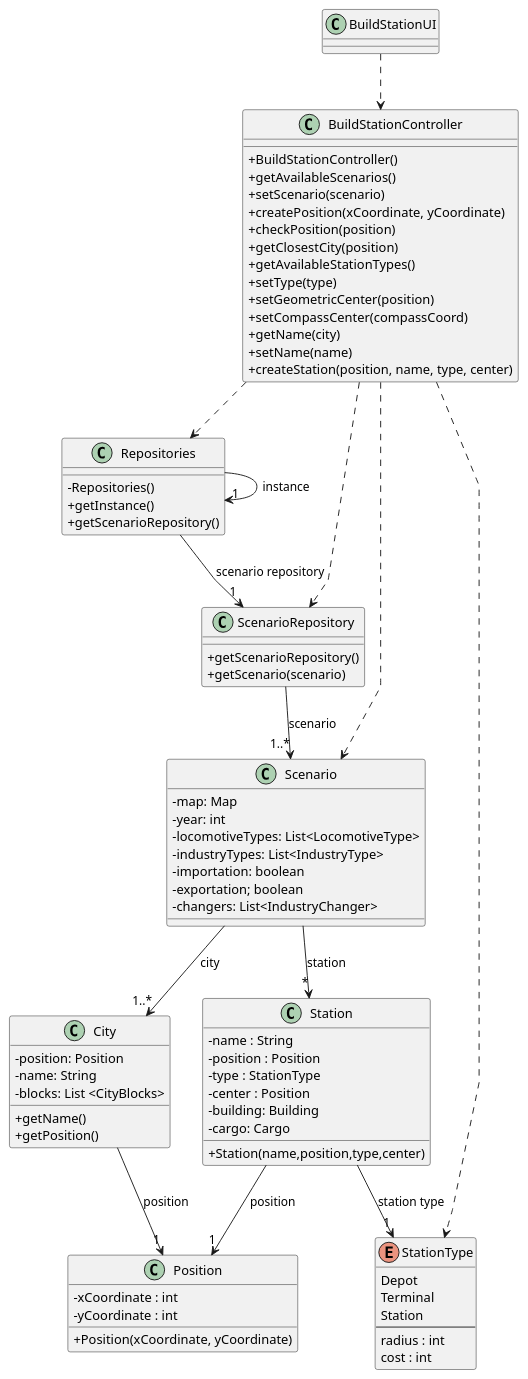
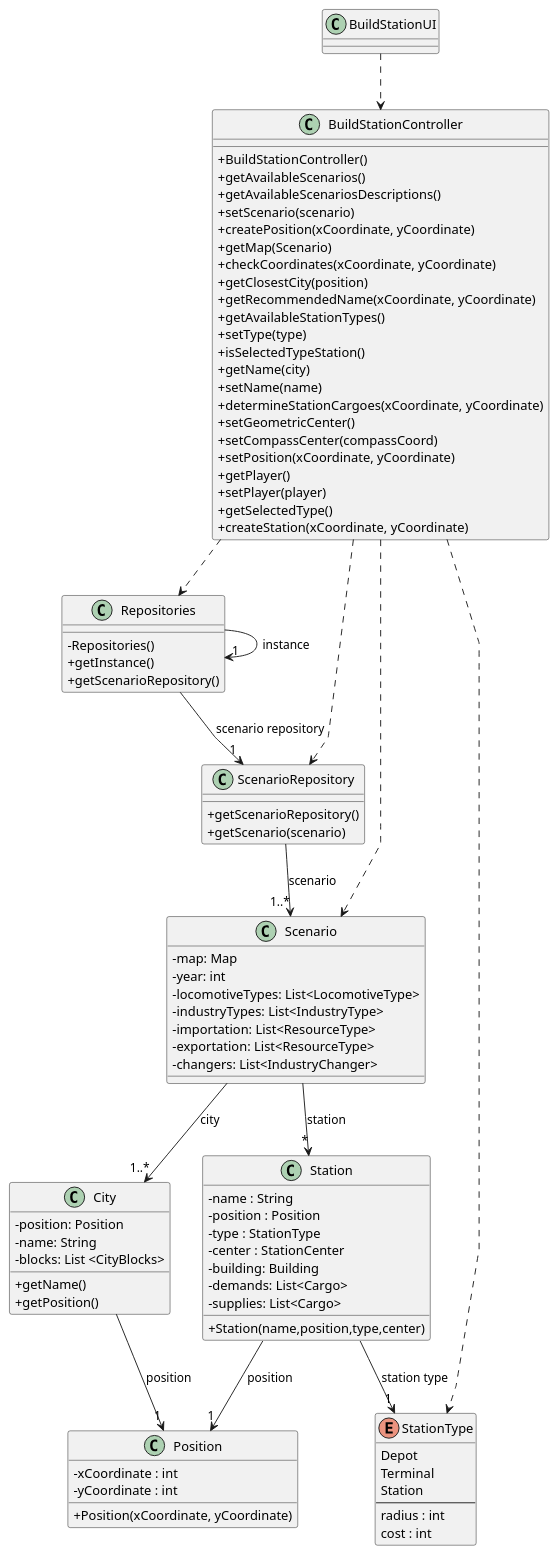
One commit to 1240935/pi2-railway-simulator changed the diagram in Sprint2/US005/03.design/puml/US005-CD.puml. Above: the diagram before and after it, drawn with PlantUML. The commit also changed 2 other files, not shown here.

```diff
--- a/Sprint2/US005/03.design/puml/US005-CD.puml
+++ b/Sprint2/US005/03.design/puml/US005-CD.puml
@@ -1,99 +1,109 @@
 @startuml
 'skinparam monochrome true
 skinparam packageStyle rectangle
 skinparam shadowing false
 skinparam linetype polyline
 'skinparam linetype orto
 
 skinparam classAttributeIconSize 0
 
 'left to right direction
 
 class BuildStationUI {
 }
 
 class BuildStationController {
   +BuildStationController()
   +getAvailableScenarios()
+  +getAvailableScenariosDescriptions()
   +setScenario(scenario)
   +createPosition(xCoordinate, yCoordinate)
-  +checkPosition(position)
+  +getMap(Scenario)
+  +checkCoordinates(xCoordinate, yCoordinate)
   +getClosestCity(position)
+  +getRecommendedName(xCoordinate, yCoordinate)
   +getAvailableStationTypes()
   +setType(type)
-  +setGeometricCenter(position)
-  +setCompassCenter(compassCoord)
+  +isSelectedTypeStation()
   +getName(city)
   +setName(name)
-  +createStation(position, name, type, center)
+  +determineStationCargoes(xCoordinate, yCoordinate)
+  +setGeometricCenter()
+  +setCompassCenter(compassCoord)
+  +setPosition(xCoordinate, yCoordinate)
+  +getPlayer()
+  +setPlayer(player)
+  +getSelectedType()
+  +createStation(xCoordinate, yCoordinate)
 }
 
 class Repositories {
       - Repositories()
       + getInstance()
       + getScenarioRepository()
  }
 
 class City {
   - position: Position
   - name: String
   - blocks: List <CityBlocks>
   +getName()
   +getPosition()
 }
 
 class Scenario {
        -map: Map
        -year: int
        -locomotiveTypes: List<LocomotiveType>
        -industryTypes: List<IndustryType>
-       -importation: boolean
-       -exportation; boolean
+       -importation: List<ResourceType>
+       -exportation: List<ResourceType>
        -changers: List<IndustryChanger>
 }
 
 class Position {
   -xCoordinate : int
   -yCoordinate : int
   +Position(xCoordinate, yCoordinate)
 }
 
 enum StationType {
   Depot
   Terminal
   Station
   --
   radius : int
   cost : int
 }
 
 class ScenarioRepository {
   +getScenarioRepository()
   +getScenario(scenario)
 }
 
 class Station{
     -name : String
     -position : Position
     -type : StationType
-    -center : Position
+    -center : StationCenter
     -building: Building
-    -cargo: Cargo
+    -demands: List<Cargo>
+    -supplies: List<Cargo>
     +Station(name,position,type,center)
 }
 
 BuildStationUI ..> BuildStationController
 BuildStationController ..> ScenarioRepository
 BuildStationController ..> Scenario
 BuildStationController ..> StationType
 BuildStationController ..> Repositories
 Repositories --> "1" ScenarioRepository : scenario repository
 Repositories -> "1" Repositories : instance
 ScenarioRepository --> "1..*" Scenario  : scenario
 Scenario --> "1..*" City : city
 Scenario --> "*" Station : station
 City --> "1" Position : position
 Station --> "1" Position : position
 Station --> "1" StationType : station type
 
 @enduml
```
